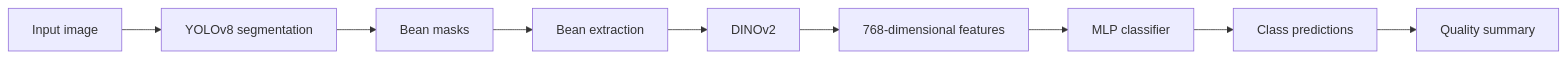
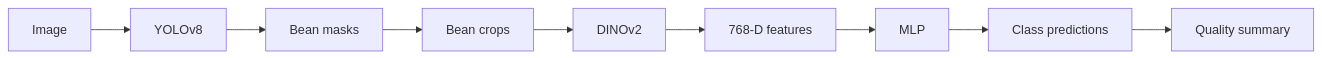
The third of 3 diagrams in README.md (Nikhil-cloudexpert/BeanVision_AI), drawn with Mermaid before and after one commit. The commit also changed other lines of this file, not shown here.

Commit message:
Update README with MLP evaluation and confusion matrices

````diff
--- a/README.md
+++ b/README.md
@@ -408,11 +383,11 @@
 ```mermaid
 flowchart LR
-    A["Input image"] --> B["YOLOv8 segmentation"]
+    A["Image"] --> B["YOLOv8"]
     B --> C["Bean masks"]
-    C --> D["Bean extraction"]
+    C --> D["Bean crops"]
     D --> E["DINOv2"]
-    E --> F["768-dimensional features"]
-    F --> G["MLP classifier"]
+    E --> F["768-D features"]
+    F --> G["MLP"]
     G --> H["Class predictions"]
     H --> I["Quality summary"]
 ```
````
